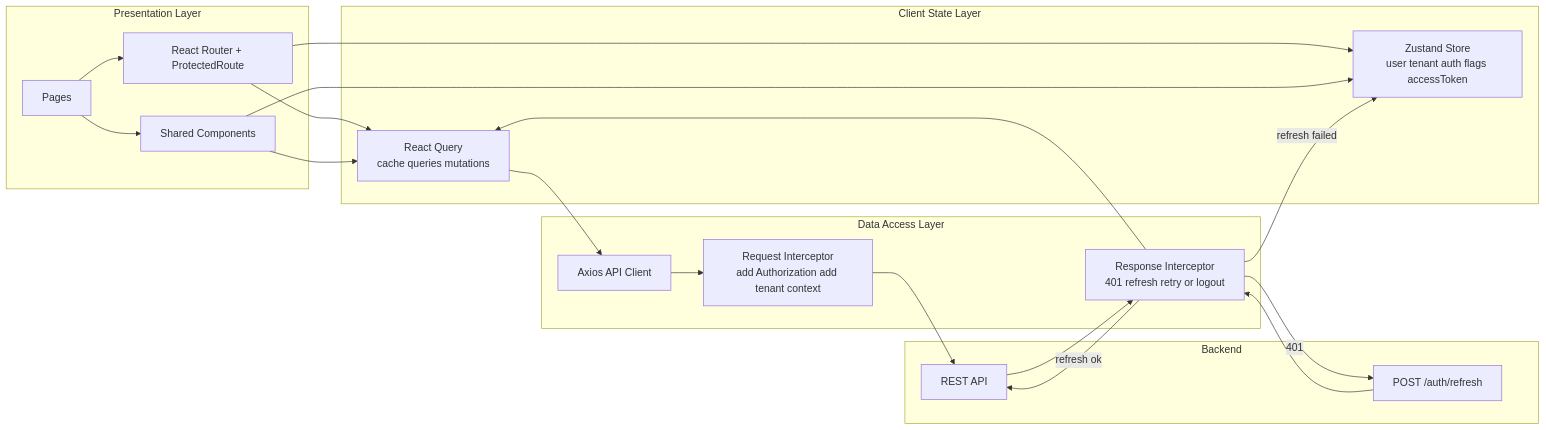
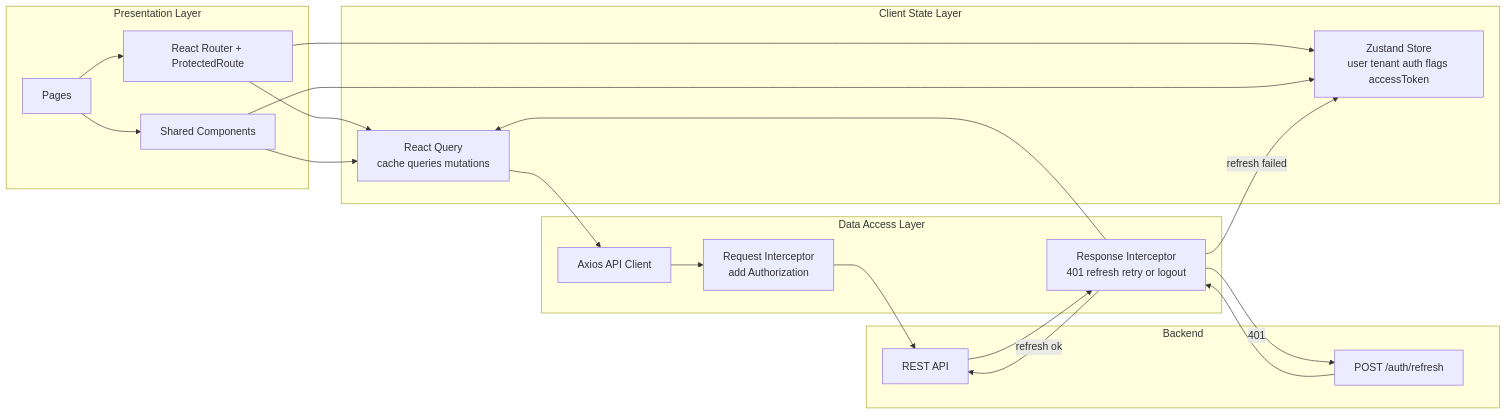
The diagram in architecture-homework/docs/front.md (KaterynaKocheharova/Multi-tenant-architecture), drawn with Mermaid before and after one commit. The commit also changed other lines of this file and 14 other files, not shown here.

````diff
--- a/architecture-homework/docs/front.md
+++ b/architecture-homework/docs/front.md
@@ -112,42 +112,42 @@
 ```mermaid
 flowchart LR
    subgraph UI[Presentation Layer]
       Pages[Pages]
       Components[Shared Components]
       Router[React Router + ProtectedRoute]
    end
 
    subgraph State[Client State Layer]
       Zustand[Zustand Store\nuser tenant auth flags accessToken]
       RQ[React Query\ncache queries mutations]
    end
 
    subgraph Data[Data Access Layer]
       ApiClient[Axios API Client]
-      ReqInt[Request Interceptor\nadd Authorization add tenant context]
+      ReqInt[Request Interceptor\nadd Authorization]
       ResInt[Response Interceptor\n401 refresh retry or logout]
    end
 
    subgraph Backend[Backend]
       REST[REST API]
       Refresh[POST /auth/refresh]
    end
 
    Pages --> Components
    Pages --> Router
    Router --> Zustand
    Router --> RQ
 
    Components --> RQ
    Components --> Zustand
 
    RQ --> ApiClient
    ApiClient --> ReqInt
    ReqInt --> REST
    REST --> ResInt
    ResInt --> RQ
    ResInt -->|401| Refresh
    Refresh --> ResInt
    ResInt -->|refresh ok| REST
    ResInt -->|refresh failed| Zustand
 ```
````
